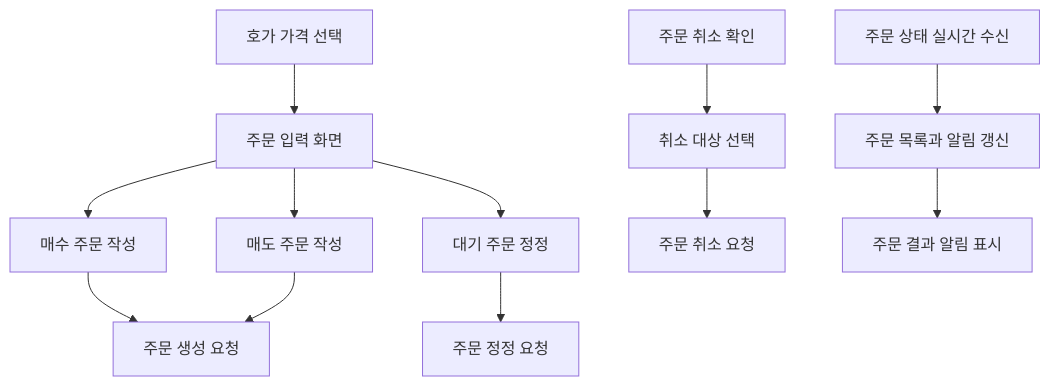
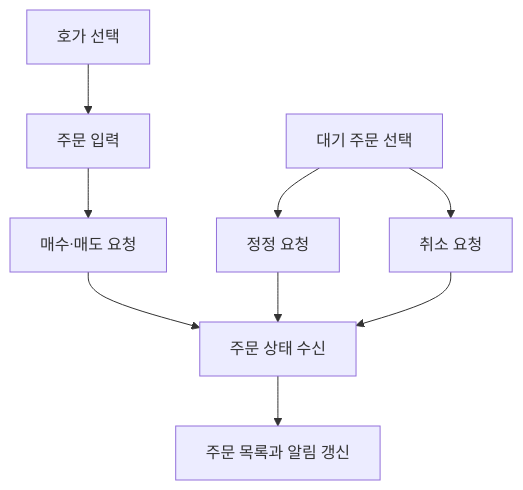
One commit to poi277/StockProject changed the diagram in StockFrontEnd/docs/05-order.md. Above: the diagram before and after it, drawn with Mermaid. The commit also changed other lines of this file and 49 other files, not shown here.

````diff
--- a/StockFrontEnd/docs/05-order.md
+++ b/StockFrontEnd/docs/05-order.md
@@ -134,14 +214,11 @@
 ```mermaid
 flowchart TD
-  Hoga["호가 가격 선택"] --> OrderForm["주문 입력 화면"]
-  OrderForm --> Buy["매수 주문 작성"]
-  OrderForm --> Sell["매도 주문 작성"]
-  OrderForm --> Pending["대기 주문 정정"]
-  Buy --> OrderAPI["주문 생성 요청"]
-  Sell --> OrderAPI
-  Pending --> EditAPI["주문 정정 요청"]
-  CancelUI["주문 취소 확인"] --> CancelStore["취소 대상 선택"]
-  CancelStore --> CancelAPI["주문 취소 요청"]
-  OrderSocket["주문 상태 실시간 수신"] --> Orders["주문 목록과 알림 갱신"]
-  Orders --> Notification["주문 결과 알림 표시"]
+  Hoga["호가 선택"] --> Form["주문 입력"]
+  Form --> Create["매수·매도 요청"]
+  Pending["대기 주문 선택"] --> Edit["정정 요청"]
+  Pending --> Cancel["취소 요청"]
+  Create --> Socket["주문 상태 수신"]
+  Edit --> Socket
+  Cancel --> Socket
+  Socket --> List["주문 목록과 알림 갱신"]
 ```
````
